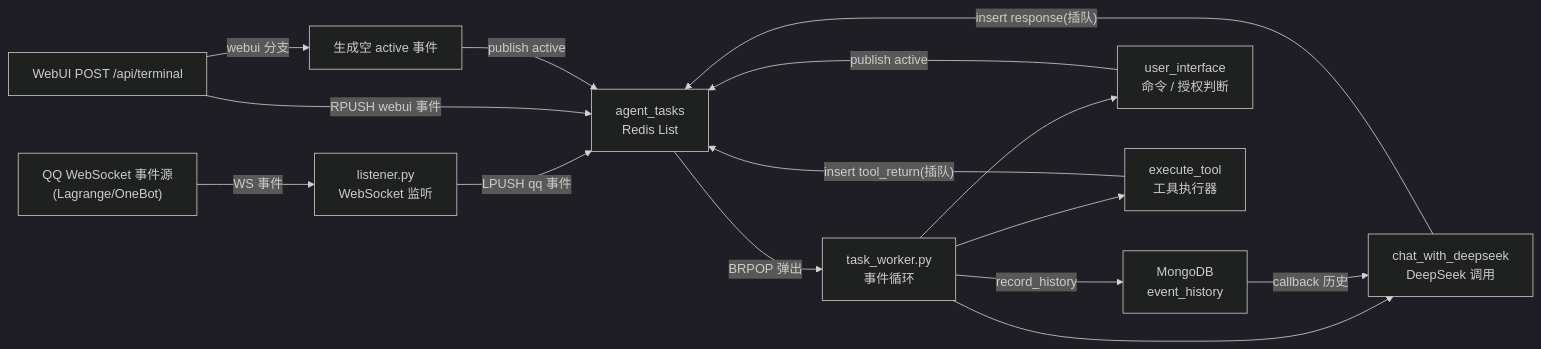
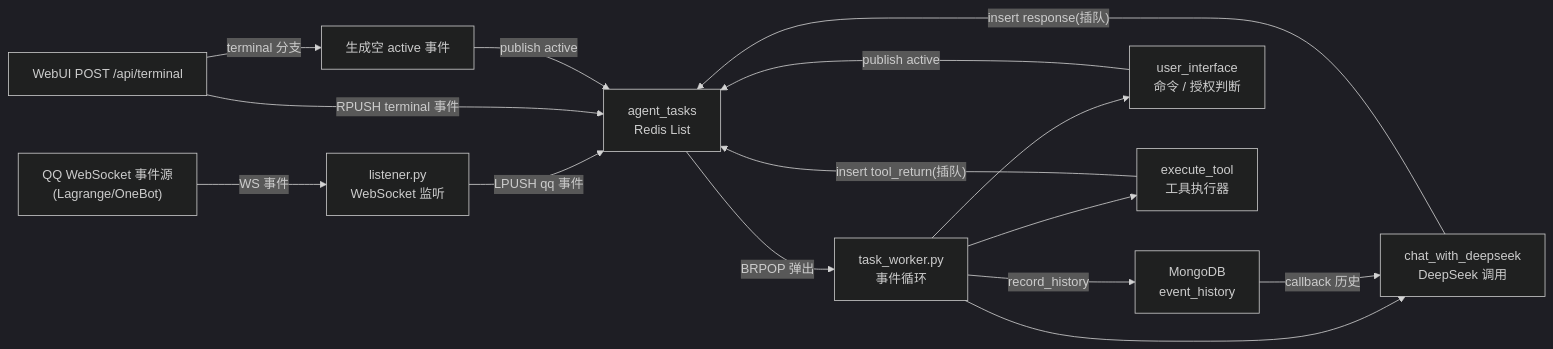
The diagram in docs/01-系统架构.md (g-Ironfox/AAgent), drawn with Mermaid (dark theme) before and after one commit. The commit also changed other lines of this file and 16 other files, not shown here.

````diff
--- a/docs/01-系统架构.md
+++ b/docs/01-系统架构.md
@@ -34,17 +34,17 @@
 ```mermaid
 flowchart LR
     WS["QQ WebSocket 事件源<br/>(Lagrange/OneBot)"] -->|"WS 事件"| L["listener.py<br/>WebSocket 监听"]
     L -->|"LPUSH qq 事件"| Q["agent_tasks<br/>Redis List"]
-    WEB["WebUI POST /api/terminal"] -->|"RPUSH webui 事件"| Q
+    WEB["WebUI POST /api/terminal"] -->|"RPUSH terminal 事件"| Q
     Q -->|"BRPOP 弹出"| W["task_worker.py<br/>事件循环"]
     W -->|"record_history"| H["MongoDB<br/>event_history"]
     W --> UI["user_interface<br/>命令 / 授权判断"]
     UI -->|"publish active"| Q
-    WEB -->|"webui 分支"| ACTIVE["生成空 active 事件"]
+    WEB -->|"terminal 分支"| ACTIVE["生成空 active 事件"]
     ACTIVE -->|"publish active"| Q
     W --> LLM["chat_with_deepseek<br/>DeepSeek 调用"]
     LLM -->|"insert response(插队)"| Q
     W --> TOOL["execute_tool<br/>工具执行器"]
     TOOL -->|"insert tool_return(插队)"| Q
     H -->|"callback 历史"| LLM
 ```
````
